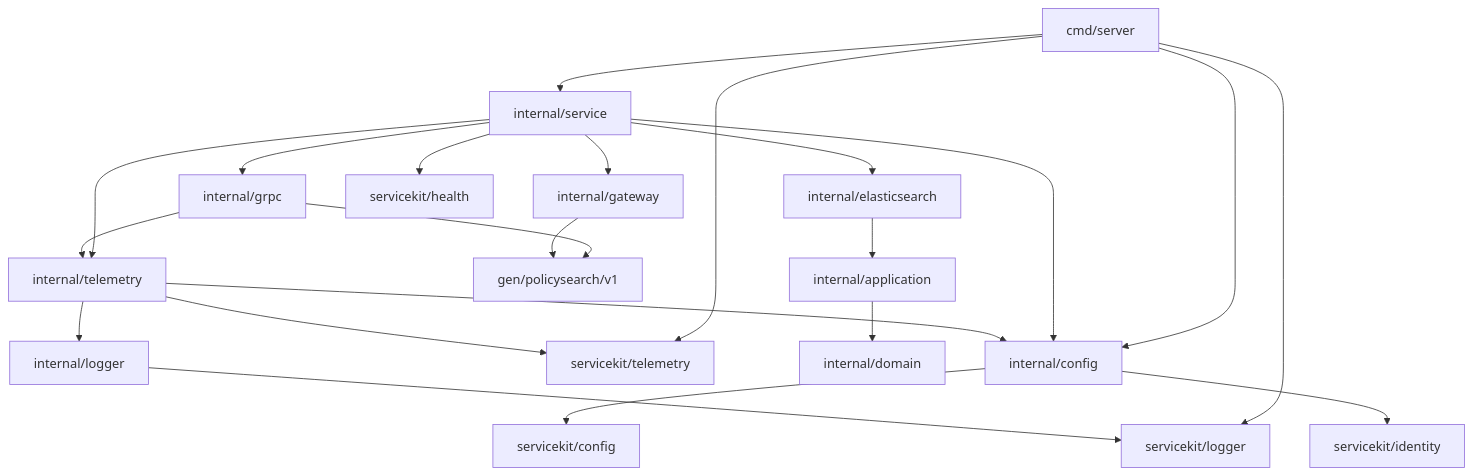
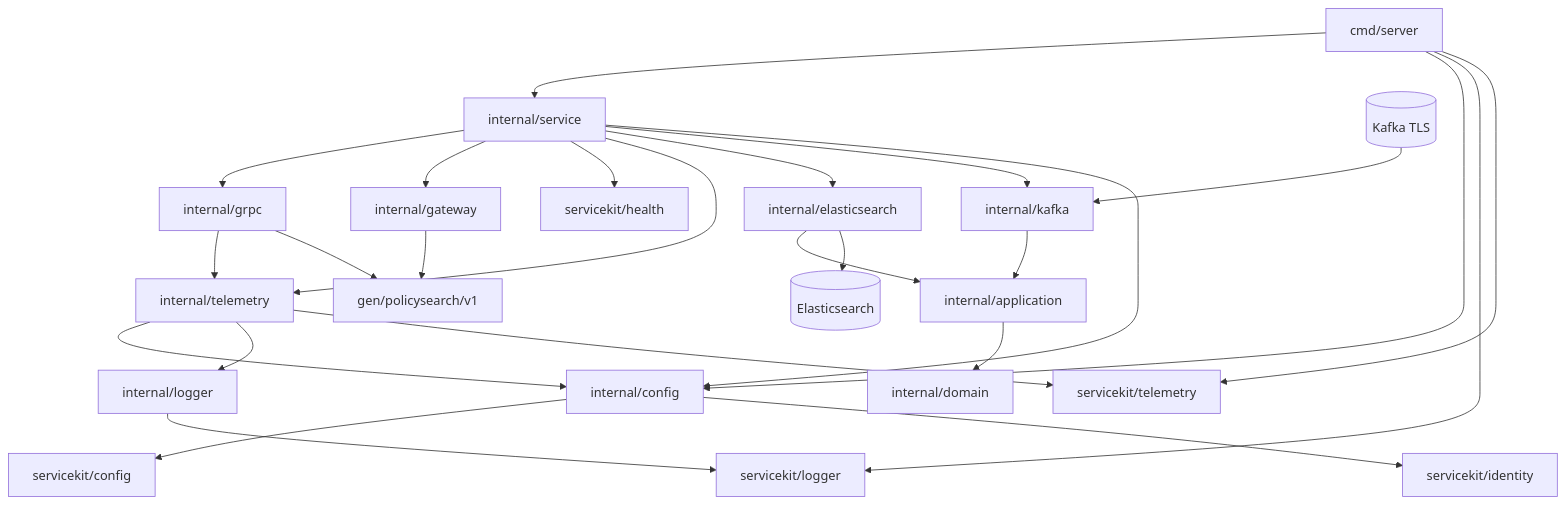
Before and after one commit to igor-baiborodine/insurance-hub: the diagram in services/policy-search-service/README.md, drawn with Mermaid. The commit also changed other lines of this file and 65 other files, not shown here.

````diff
--- a/services/policy-search-service/README.md
+++ b/services/policy-search-service/README.md
@@ -458,24 +485,30 @@
 ```mermaid
 flowchart TD
     entry["cmd/server"] --> composition["internal/service"]
     entry --> config["internal/config"]
     entry --> sharedLogger["servicekit/logger"]
     entry --> sharedTelemetry["servicekit/telemetry"]
     composition --> grpc["internal/grpc"]
     composition --> gateway["internal/gateway"]
     composition --> health["servicekit/health"]
     composition --> telemetry["internal/telemetry"]
-    composition --> searchAdapter["internal/elasticsearch"]
+    composition --> elasticsearchAdapters["internal/elasticsearch"]
+    composition --> kafka["internal/kafka"]
+    broker[("Kafka TLS")]
+    search[("Elasticsearch")]
     composition --> config
     grpc --> telemetry
     grpc --> generated["gen/policysearch/v1"]
     gateway --> generated
-    searchAdapter --> application["internal/application"]
+    elasticsearchAdapters --> application["internal/application"]
+    kafka --> application
+    broker --> kafka
+    elasticsearchAdapters --> search
     application --> domain["internal/domain"]
     telemetry --> config
     telemetry --> logger["internal/logger"]
     telemetry --> sharedTelemetry
     logger --> sharedLogger
     config --> sharedConfig["servicekit/config"]
     config --> sharedIdentity["servicekit/identity"]
 ```
````
